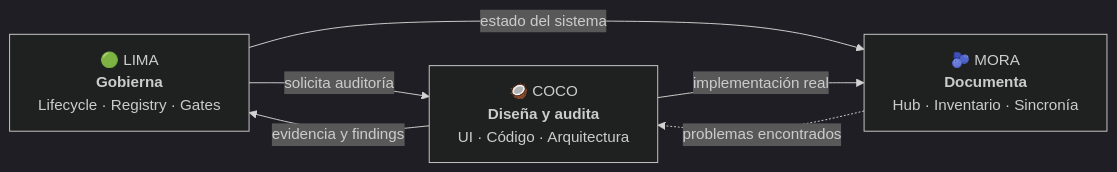
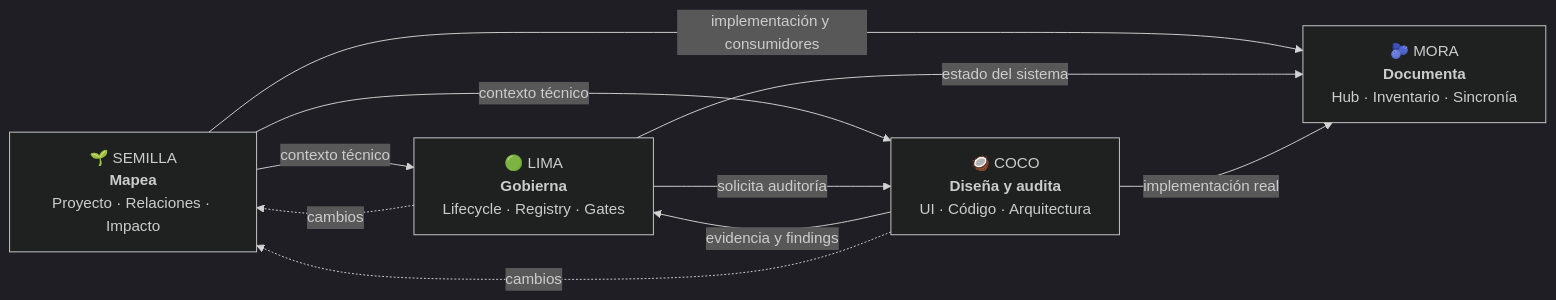
One commit to kevinedgm/fruti-squad changed the first of 2 diagrams in README.md. Above: the diagram before and after it, drawn with Mermaid (dark theme). The commit also changed other lines of this file, not shown here.

Commit message:
fix(docs): surface Semilla in root README (#2)

````diff
--- a/README.md
+++ b/README.md
@@ -62,16 +62,17 @@
 ```mermaid
 flowchart LR
+    S["🌱 SEMILLA<br/><b>Mapea</b><br/>Proyecto · Relaciones · Impacto"]
     L["🟢 LIMA<br/><b>Gobierna</b><br/>Lifecycle · Registry · Gates"]
-
     C["🥥 COCO<br/><b>Diseña y audita</b><br/>UI · Código · Arquitectura"]
-
     M["🫐 MORA<br/><b>Documenta</b><br/>Hub · Inventario · Sincronía"]
 
+    S -->|"contexto técnico"| L
+    S -->|"contexto técnico"| C
+    S -->|"implementación y consumidores"| M
     L -->|"solicita auditoría"| C
     C -->|"evidencia y findings"| L
-
     L -->|"estado del sistema"| M
     C -->|"implementación real"| M
-
-    M -.->|"problemas encontrados"| C
+    C -.->|"cambios"| S
+    L -.->|"cambios"| S
 ```
````
